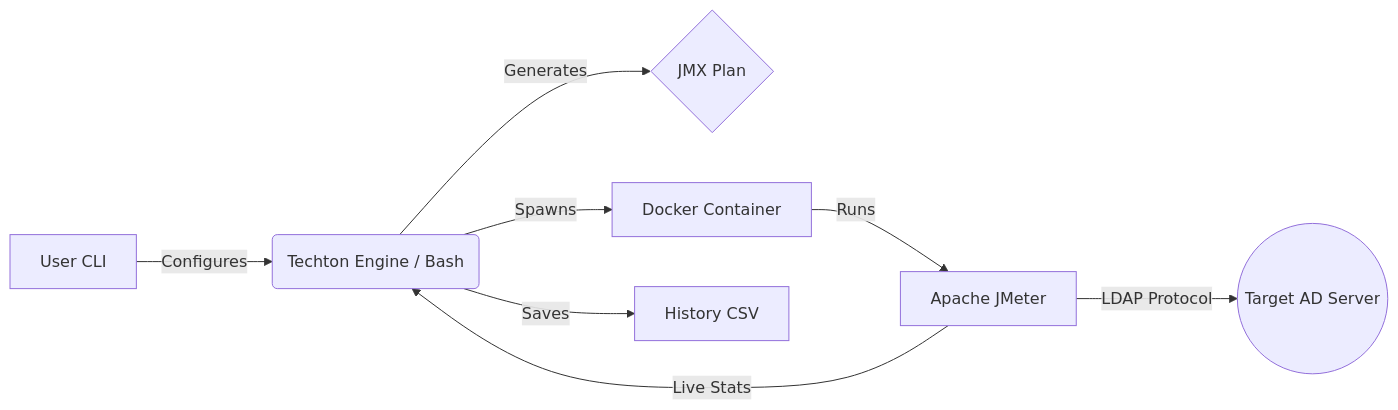
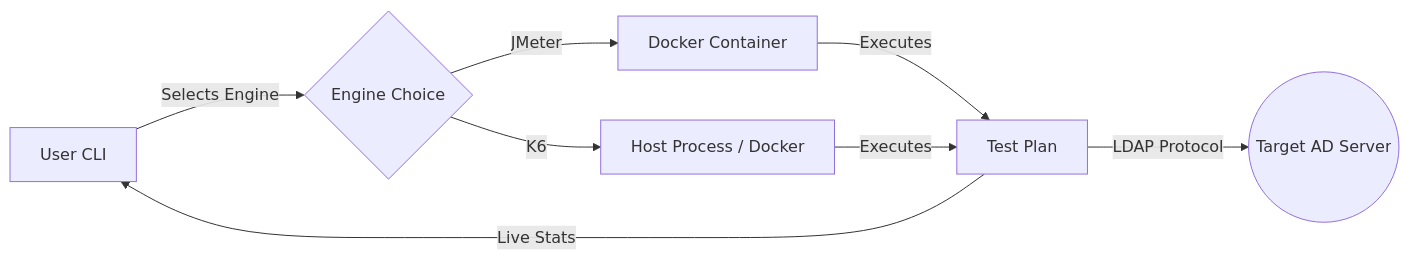
The diagram in README.md (ddt-mmt/Techton), drawn with Mermaid before and after one commit. The commit also changed other lines of this file and 6 other files, not shown here.

Commit message:
Update: Techton v2.2.0 - Added K6 Hybrid Mode (Docker/Host) and updated installation scripts.

````diff
--- a/README.md
+++ b/README.md
@@ -45,10 +40,10 @@
 ```mermaid
 graph LR
-    A[User CLI] -->|Configures| B(Techton Engine / Bash);
-    B -->|Generates| C{JMX Plan};
-    B -->|Spawns| D[Docker Container];
-    D -->|Runs| E[Apache JMeter];
+    A[User CLI] -->|Selects Engine| B{Engine Choice};
+    B -->|JMeter| C[Docker Container];
+    B -->|K6| D[Host Process / Docker];
+    C -->|Executes| E[Test Plan];
+    D -->|Executes| E;
     E -->|LDAP Protocol| F((Target AD Server));
-    E -->|Live Stats| B;
-    B -->|Saves| G[History CSV];
+    E -->|Live Stats| A;
 ```
````
